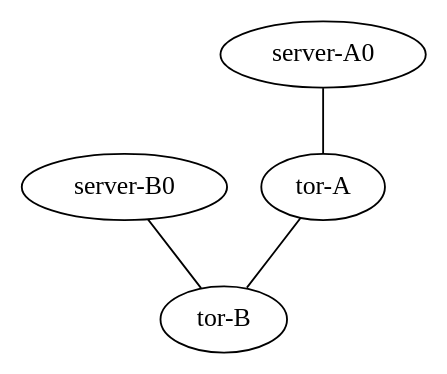
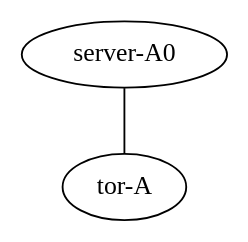
Before and after one commit to datacompucrs/DataCenter-1: the diagram in Vagrant/Get_Started/viewer.dot, drawn with Graphviz. The commit also changed 71 other files, not shown here.

```diff
--- a/Vagrant/Get_Started/viewer.dot
+++ b/Vagrant/Get_Started/viewer.dot
@@ -1,12 +1,7 @@
 graph vx {
 "tor-A" [function="host" vagrant="eth1" os="hashicorp/bionic64" version="1.0.282" memory="500" config="./helper_scripts/config_production_server.sh" ]
 "server-A0" [function="host" vagrant="eth1" os="hashicorp/bionic64" version="1.0.282" memory="500" config="./helper_scripts/config_production_server.sh" ]
 
-"tor-B" [function="host" vagrant="eth1" os="hashicorp/bionic64" version="1.0.282" memory="500" config="./helper_scripts/config_production_server.sh" ]
-"server-B0" [function="host" vagrant="eth1" os="hashicorp/bionic64" version="1.0.282" memory="500" config="./helper_scripts/config_production_server.sh" ]
-
 "server-A0":"eth1" -- "tor-A":"eth1" [left_mac="00:01:00:11:11:01"][right_mac="00:10:00:11:11:01"]
-"server-B0":"eth1" -- "tor-B":"eth1" [left_mac="00:02:00:11:11:01"][right_mac="00:20:00:11:11:01"]
-"tor-A":"eth2" -- "tor-B":"eth2" [left_mac="00:20:00:00:00:22"][right_mac="00:20:00:00:00:00"]
 
 }
```
